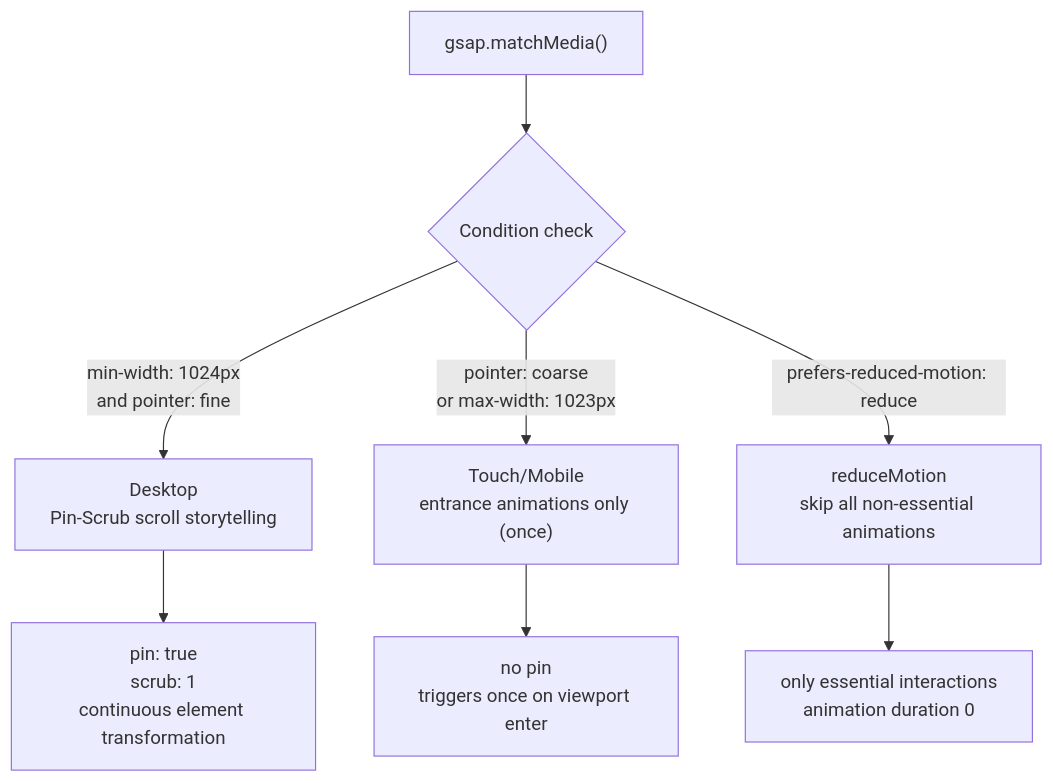
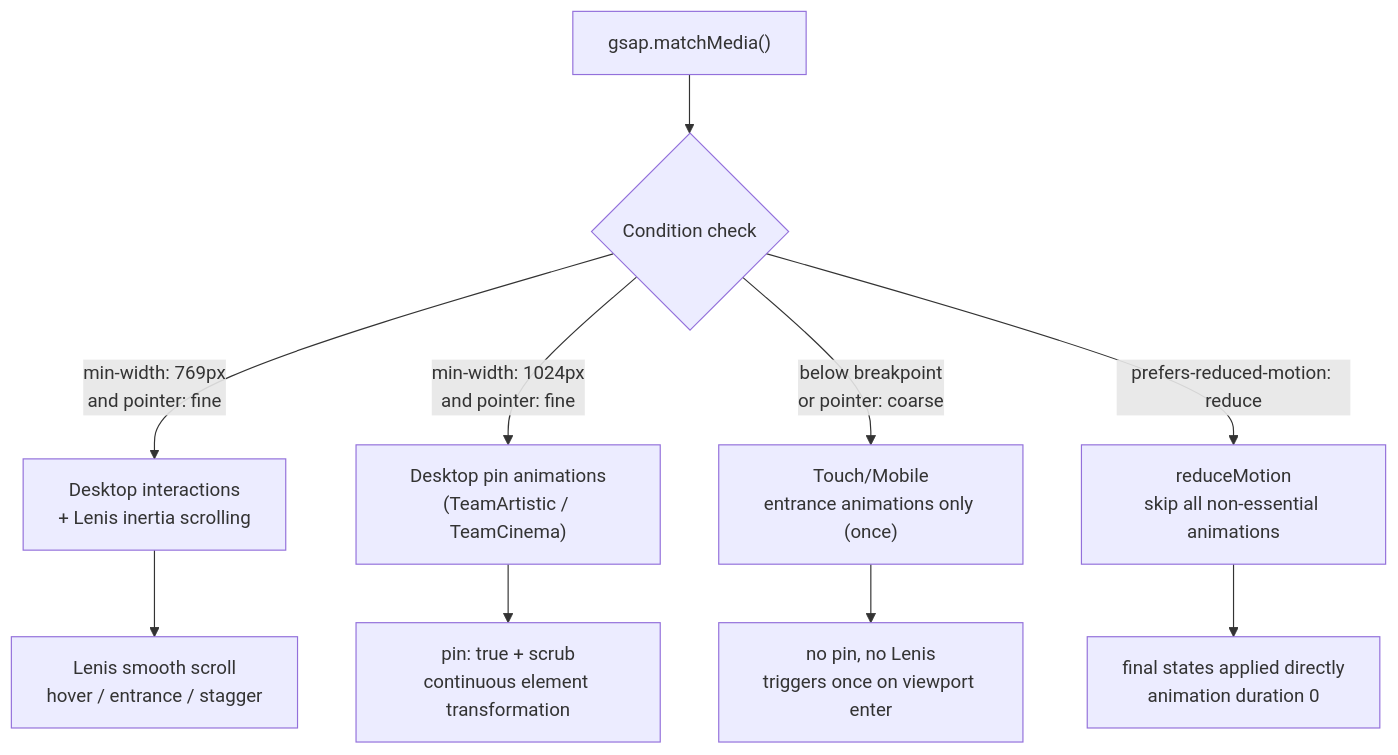
The second of 5 diagrams in README.en.md (LuminolCraft/craft.luminolsuki.moe), drawn with Mermaid before and after one commit. The commit also changed other lines of this file and 5 other files, not shown here.

````diff
--- a/README.en.md
+++ b/README.en.md
@@ -724,10 +727,12 @@
 ```mermaid
 flowchart TD
     A["gsap.matchMedia()"] --> B{Condition check}
-    B -->|"min-width: 1024px<br/>and pointer: fine"| C["Desktop<br/>Pin-Scrub scroll storytelling"]
-    B -->|"pointer: coarse<br/>or max-width: 1023px"| D["Touch/Mobile<br/>entrance animations only (once)"]
-    B -->|"prefers-reduced-motion: reduce"| E["reduceMotion<br/>skip all non-essential animations"]
-    C --> C1["pin: true<br/>scrub: 1<br/>continuous element transformation"]
-    D --> D1["no pin<br/>triggers once on viewport enter"]
-    E --> E1["only essential interactions<br/>animation duration 0"]
+    B -->|"min-width: 769px<br/>and pointer: fine"| C["Desktop interactions<br/>+ Lenis inertia scrolling"]
+    B -->|"min-width: 1024px<br/>and pointer: fine"| D["Desktop pin animations<br/>(TeamArtistic / TeamCinema)"]
+    B -->|"below breakpoint<br/>or pointer: coarse"| E["Touch/Mobile<br/>entrance animations only (once)"]
+    B -->|"prefers-reduced-motion: reduce"| F["reduceMotion<br/>skip all non-essential animations"]
+    C --> C1["Lenis smooth scroll<br/>hover / entrance / stagger"]
+    D --> D1["pin: true + scrub<br/>continuous element transformation"]
+    E --> E1["no pin, no Lenis<br/>triggers once on viewport enter"]
+    F --> F1["final states applied directly<br/>animation duration 0"]
 ```
````
